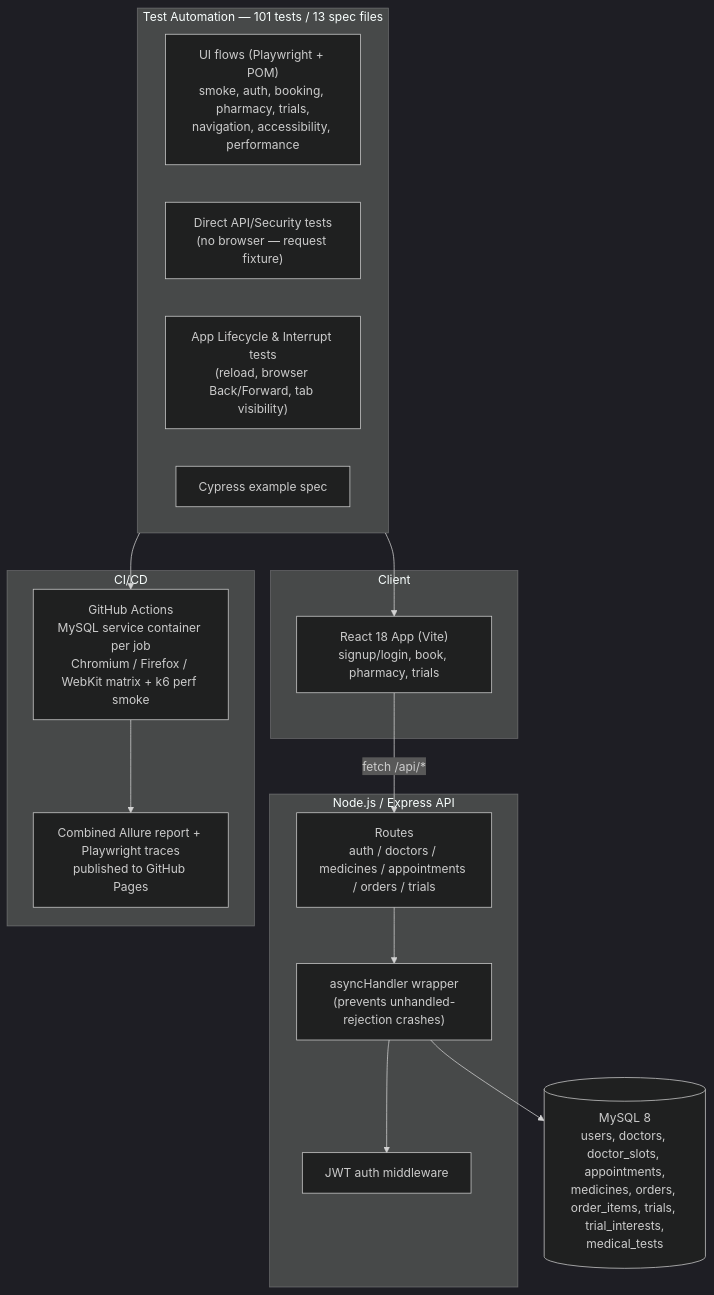
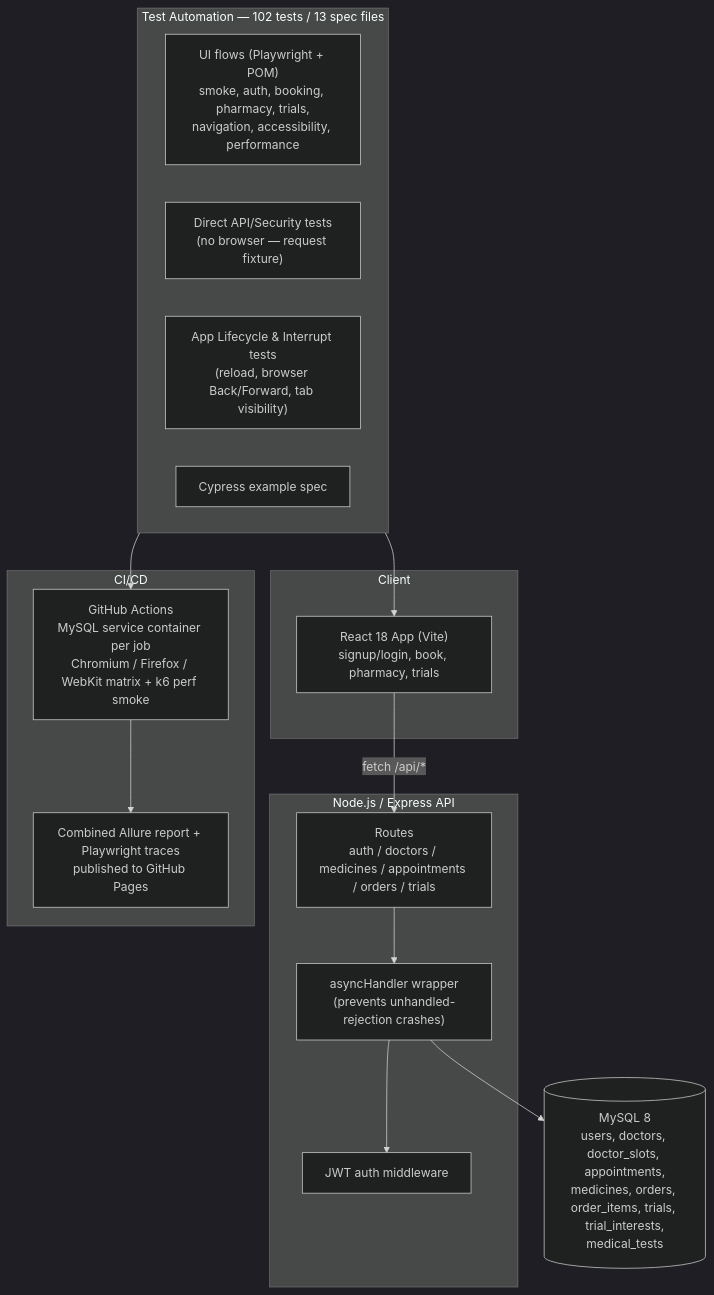
Before and after one commit to REZAULKARIM2024/MeridianHealth-test-automation: the diagram in README.md, drawn with Mermaid (dark theme). The commit also changed other lines of this file and 2 other files, not shown here.

````diff
--- a/README.md
+++ b/README.md
@@ -79,35 +79,35 @@
 ```mermaid
 flowchart TB
     subgraph Client
         React["React 18 App (Vite)<br/>signup/login, book, pharmacy, trials"]
     end
 
     subgraph Backend["Node.js / Express API"]
         Routes["Routes<br/>auth / doctors / medicines / appointments / orders / trials"]
         AsyncHandler["asyncHandler wrapper<br/>(prevents unhandled-rejection crashes)"]
         Auth["JWT auth middleware"]
     end
 
     DB[("MySQL 8<br/>users, doctors, doctor_slots, appointments,<br/>medicines, orders, order_items, trials, trial_interests,<br/>medical_tests")]
 
     React -->|fetch /api/*| Routes
     Routes --> AsyncHandler
     AsyncHandler --> Auth
     AsyncHandler --> DB
 
-    subgraph Tests["Test Automation — 101 tests / 13 spec files"]
+    subgraph Tests["Test Automation — 102 tests / 13 spec files"]
         UI["UI flows (Playwright + POM)<br/>smoke, auth, booking, pharmacy, trials,<br/>navigation, accessibility, performance"]
         API["Direct API/Security tests<br/>(no browser — request fixture)"]
         Lifecycle["App Lifecycle & Interrupt tests<br/>(reload, browser Back/Forward, tab visibility)"]
         Cypress["Cypress example spec"]
     end
 
     subgraph Pipeline["CI/CD"]
         GHA["GitHub Actions<br/>MySQL service container per job<br/>Chromium / Firefox / WebKit matrix + k6 perf smoke"]
         AllureReport["Combined Allure report + Playwright traces<br/>published to GitHub Pages"]
     end
 
     Tests --> React
     Tests --> GHA
     GHA --> AllureReport
 ```
````
